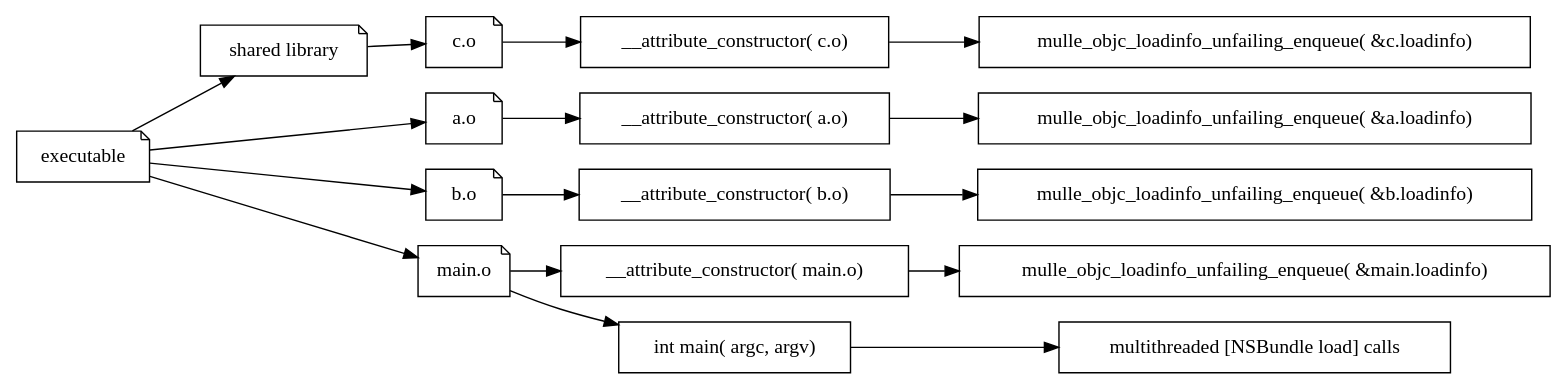
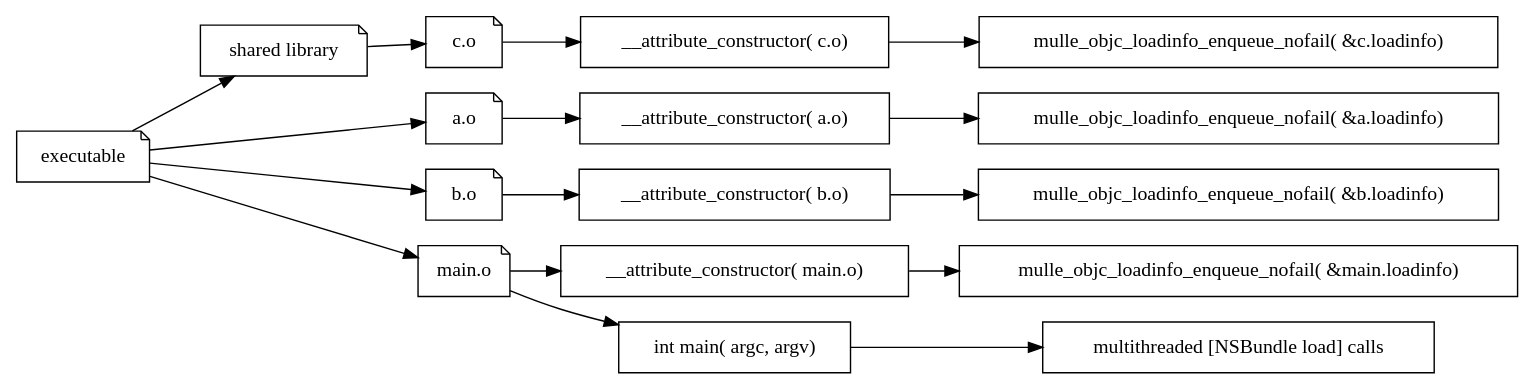
Before and after one commit to mulle-objc/mulle-objc-runtime: the diagram in dox/load/executable.dot, drawn with Graphviz. The commit also changed 65 other files, not shown here.

```diff
--- a/dox/load/executable.dot
+++ b/dox/load/executable.dot
@@ -1,28 +1,28 @@
 digraph executable
 {
    rankdir="LR"
    node [ shape="note"]
 
    { rank = same; "executable" }
    { rank = same; "shared library" }
    { rank = same; "a.o"; "b.o"; "c.o"; "main.o" }
 
    node [ shape="box"]
 
    { rank = same; "__attribute_constructor( a.o)";
                   "__attribute_constructor( b.o)"
                   "__attribute_constructor( c.o)"
    }
 
 
-   "executable"     -> "a.o"    -> "__attribute_constructor( a.o)"    -> "mulle_objc_loadinfo_unfailing_enqueue( &a.loadinfo)";
-   "executable"     -> "b.o"    -> "__attribute_constructor( b.o)"    -> "mulle_objc_loadinfo_unfailing_enqueue( &b.loadinfo)";
-   "executable"     -> "main.o" -> "__attribute_constructor( main.o)" -> "mulle_objc_loadinfo_unfailing_enqueue( &main.loadinfo)";
+   "executable"     -> "a.o"    -> "__attribute_constructor( a.o)"    -> "mulle_objc_loadinfo_enqueue_nofail( &a.loadinfo)";
+   "executable"     -> "b.o"    -> "__attribute_constructor( b.o)"    -> "mulle_objc_loadinfo_enqueue_nofail( &b.loadinfo)";
+   "executable"     -> "main.o" -> "__attribute_constructor( main.o)" -> "mulle_objc_loadinfo_enqueue_nofail( &main.loadinfo)";
    "executable"     -> "shared library"
-   "shared library" -> "c.o"    -> "__attribute_constructor( c.o)"    -> "mulle_objc_loadinfo_unfailing_enqueue( &c.loadinfo)";
+   "shared library" -> "c.o"    -> "__attribute_constructor( c.o)"    -> "mulle_objc_loadinfo_enqueue_nofail( &c.loadinfo)";
 
    { rank = same; "int main( argc, argv)" }
 
    "main.o" -> "int main( argc, argv)"
    "int main( argc, argv)" -> "multithreaded [NSBundle load] calls"
 }
```
